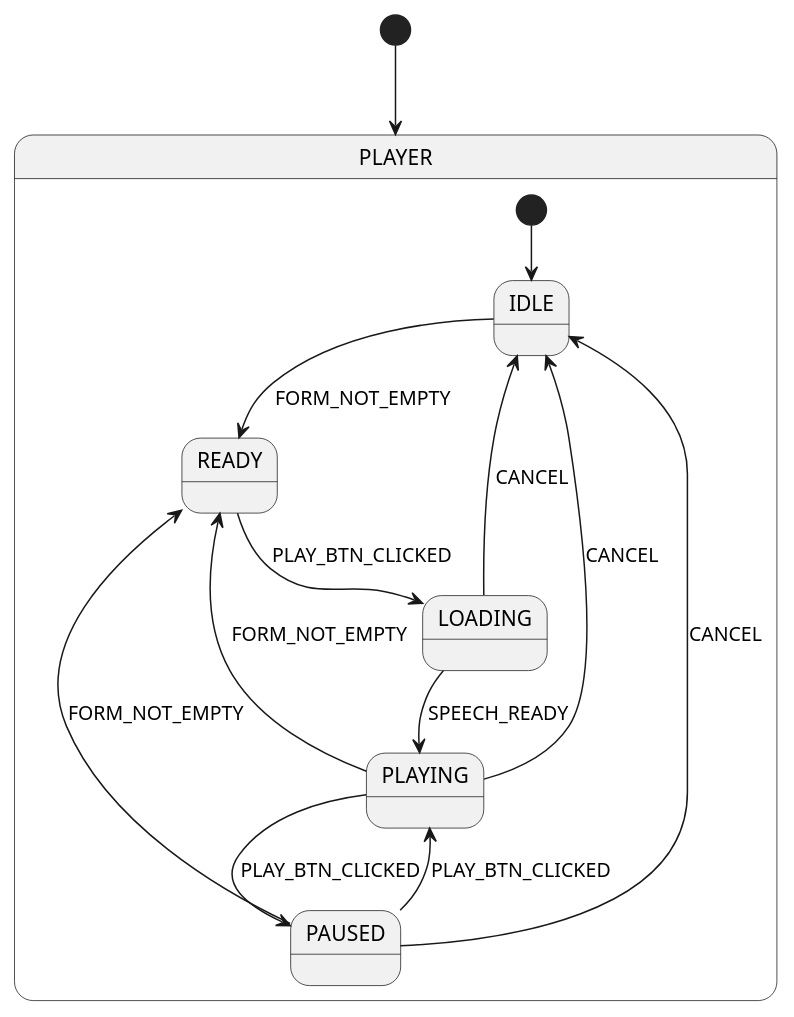
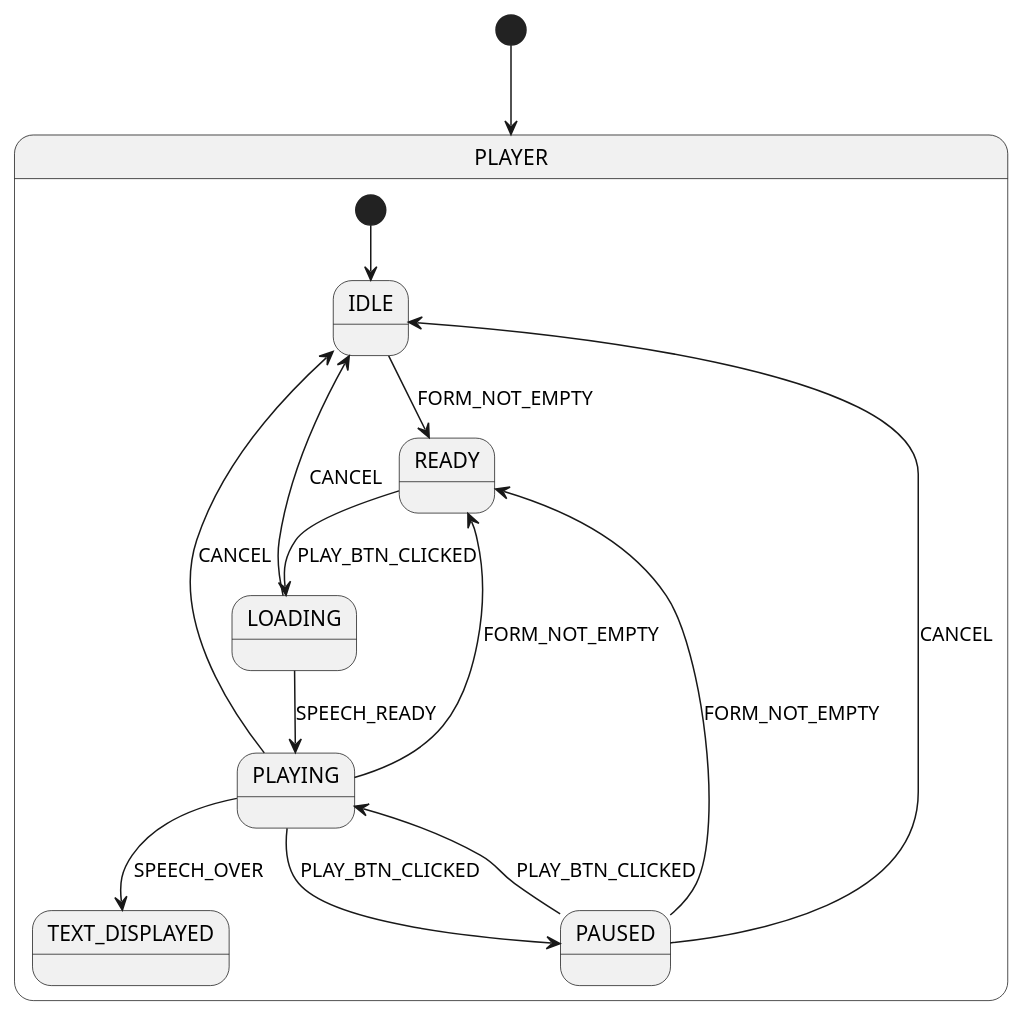
Before and after one commit to grannygoestoheaven/teller: the diagram in static/js/audio_sm.plantuml, drawn with PlantUML. The commit also changed 7 other files, not shown here.

```diff
--- a/static/js/audio_sm.plantuml
+++ b/static/js/audio_sm.plantuml
@@ -1,34 +1,36 @@
 @startuml AudioSm
 [*] --> PLAYER
 
 state PLAYER {
     [*] --> IDLE
 
     state IDLE
     state READY
     state LOADING <<dark>>
     state PLAYING <<red>>
     state PAUSED <<blue>>
+    state TEXT_DISPLAYED
 
     '############################ transitions ############################
-    
+
     IDLE --> READY : FORM_NOT_EMPTY
 
     READY --> LOADING : PLAY_BTN_CLICKED
 
     LOADING --> PLAYING : SPEECH_READY
     LOADING --> IDLE : CANCEL
 
     PLAYING --> PAUSED : PLAY_BTN_CLICKED
     PLAYING --> READY : FORM_NOT_EMPTY
     PLAYING --> IDLE : CANCEL
+    PLAYING --> TEXT_DISPLAYED : SPEECH_OVER
 
     PAUSED --> PLAYING : PLAY_BTN_CLICKED
     PAUSED --> READY : FORM_NOT_EMPTY
     PAUSED --> IDLE : CANCEL
 }
 
 /'! $CONFIG : toml
 SmRunnerSettings.transpilerId = "JavaScript"
 '/
 @enduml
```
